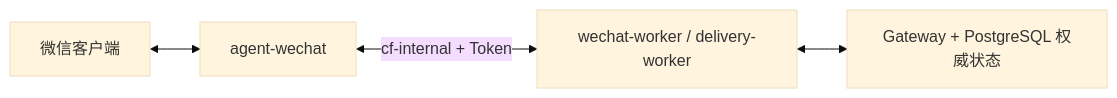
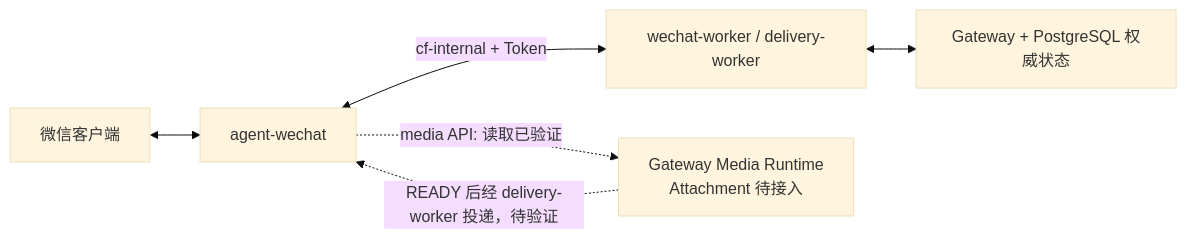
Before and after one commit to Tangbohu09527/CF_ecommerce-automation-docs: the diagram in architecture/wechat-agent.md, drawn with Mermaid (base theme). The commit also changed other lines of this file and 16 other files, not shown here.

Commit message:
docs: sync private group and media runtime status

````diff
--- a/architecture/wechat-agent.md
+++ b/architecture/wechat-agent.md
@@ -35,6 +46,8 @@
 ```mermaid
 flowchart LR
     W["微信客户端"] <--> AW["agent-wechat"]
-    AW <--> |"cf-internal + Token"| WW["wechat-worker / delivery-worker"]
-    WW <--> PG["Gateway + PostgreSQL 权威状态"]
+    AW <-->|"cf-internal + Token"| WR["wechat-worker / delivery-worker"]
+    WR <--> PG["Gateway + PostgreSQL 权威状态"]
+    AW -. "media API: 读取已验证" .-> MB["Gateway Media Runtime<br/>Attachment 待接入"]
+    MB -. "READY 后经 delivery-worker 投递，待验证" .-> AW
 ```
````
